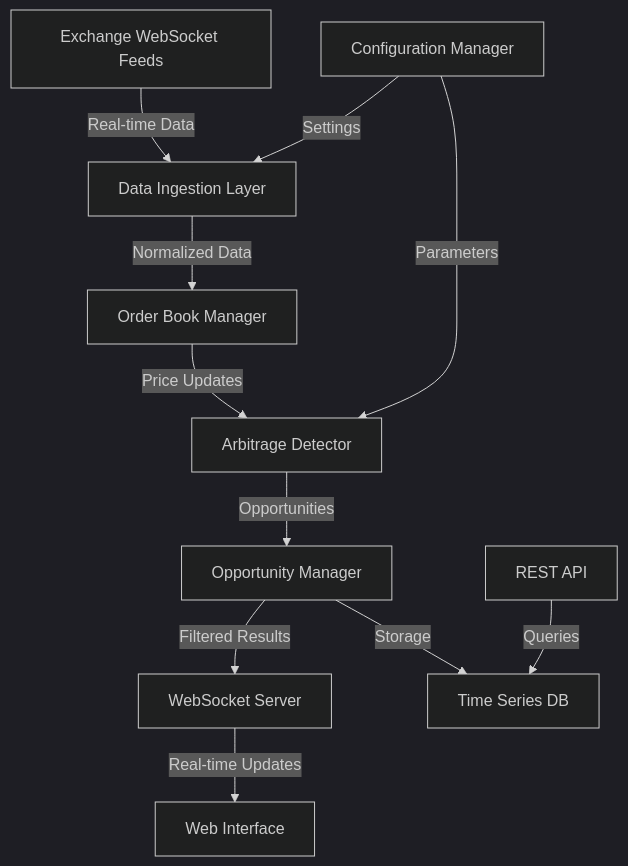
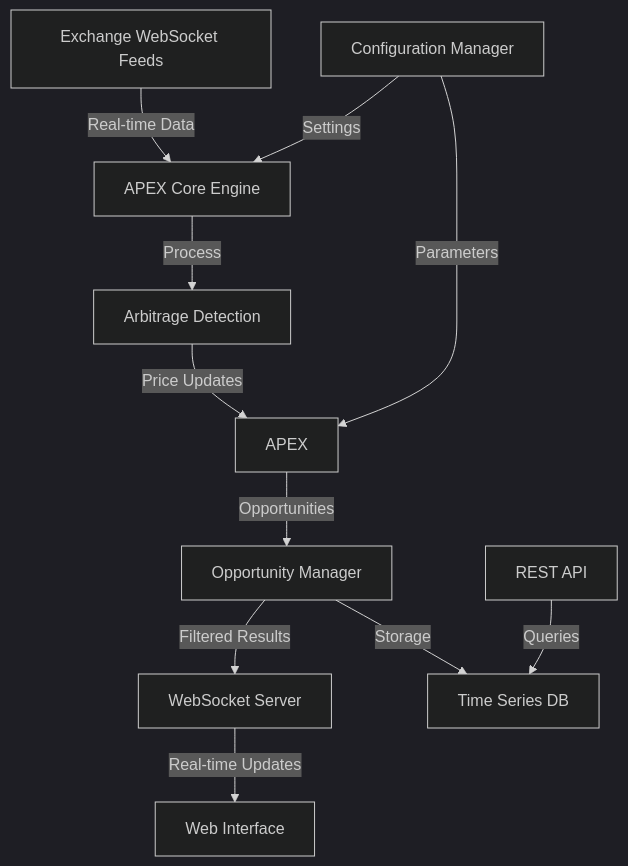
Before and after one commit to VrushankPatel/apex: the diagram in docs/TECHNICAL_ARCHITECTURE.md, drawn with Mermaid (dark theme). The commit also changed other lines of this file and 11 other files, not shown here.

````diff
--- a/docs/TECHNICAL_ARCHITECTURE.md
+++ b/docs/TECHNICAL_ARCHITECTURE.md
@@ -9,13 +9,13 @@
 ```mermaid
 graph TD
-    A[Exchange WebSocket Feeds] -->|Real-time Data| B[Data Ingestion Layer]
-    B -->|Normalized Data| C[Order Book Manager]
-    C -->|Price Updates| D[Arbitrage Detector]
+    A[Exchange WebSocket Feeds] -->|Real-time Data| B[APEX Core Engine]
+    B -->|Process| C[Arbitrage Detection]
+    C -->|Price Updates| D[APEX]
     D -->|Opportunities| E[Opportunity Manager]
     E -->|Filtered Results| F[WebSocket Server]
     F -->|Real-time Updates| G[Web Interface]
     E -->|Storage| H[Time Series DB]
     I[REST API] -->|Queries| H
     J[Configuration Manager] -->|Settings| B
     J -->|Parameters| D
 ```
````
